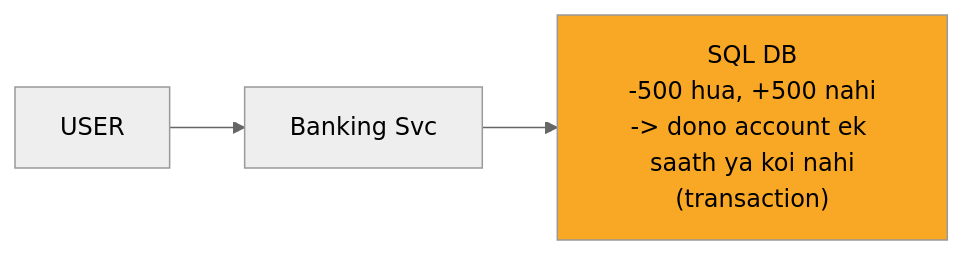
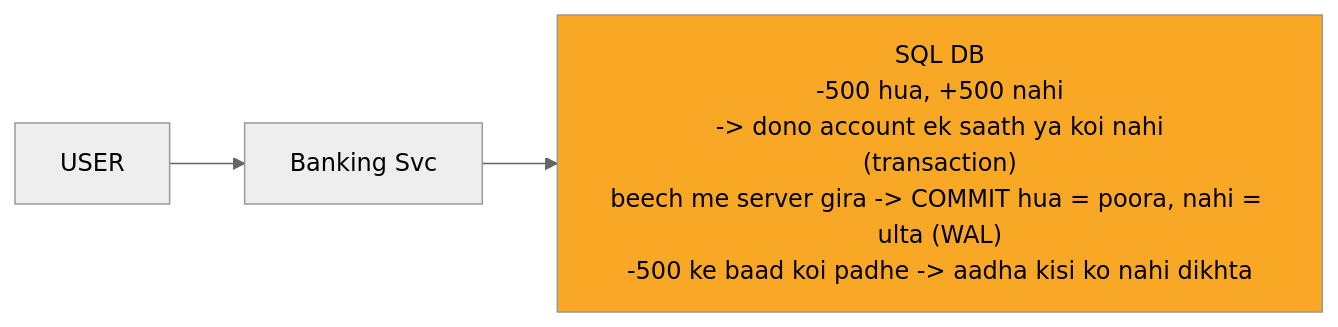
Before and after one commit to ArpanMaheshwari144/Prep: the second of 13 diagrams in 04_HLD/SYSTEM_DESIGNS/13_banking_system/13_banking_system.md, drawn with Mermaid (neutral theme). The commit also changed other lines of this file and 12 other files, not shown here.

Commit message:
hld 02-14: peele dabbe me SAFAR ke mod + diagram chauda (wrappingWidth 450)

````diff
--- a/04_HLD/SYSTEM_DESIGNS/13_banking_system/13_banking_system.md
+++ b/04_HLD/SYSTEM_DESIGNS/13_banking_system/13_banking_system.md
@@ -91,9 +92,10 @@
 ```mermaid
+%%{init: {"flowchart": {"wrappingWidth": 450}}}%%
 flowchart LR
     n_USER["USER"]
     n_SVC["Banking Svc"]
-    n_DB["SQL DB<br/>-500 hua, +500 nahi<br/>-> dono account ek saath ya koi nahi<br/>(transaction)"]
+    n_DB["SQL DB<br/>-500 hua, +500 nahi<br/>-> dono account ek saath ya koi nahi<br/>(transaction)<br/>beech me server gira -> COMMIT hua = poora, nahi = ulta (WAL)<br/>-500 ke baad koi padhe -> aadha kisi ko nahi dikhta"]
     n_USER --> n_SVC
     n_SVC --> n_DB
     style n_DB fill:#f9a825,color:#000
 ```
````
